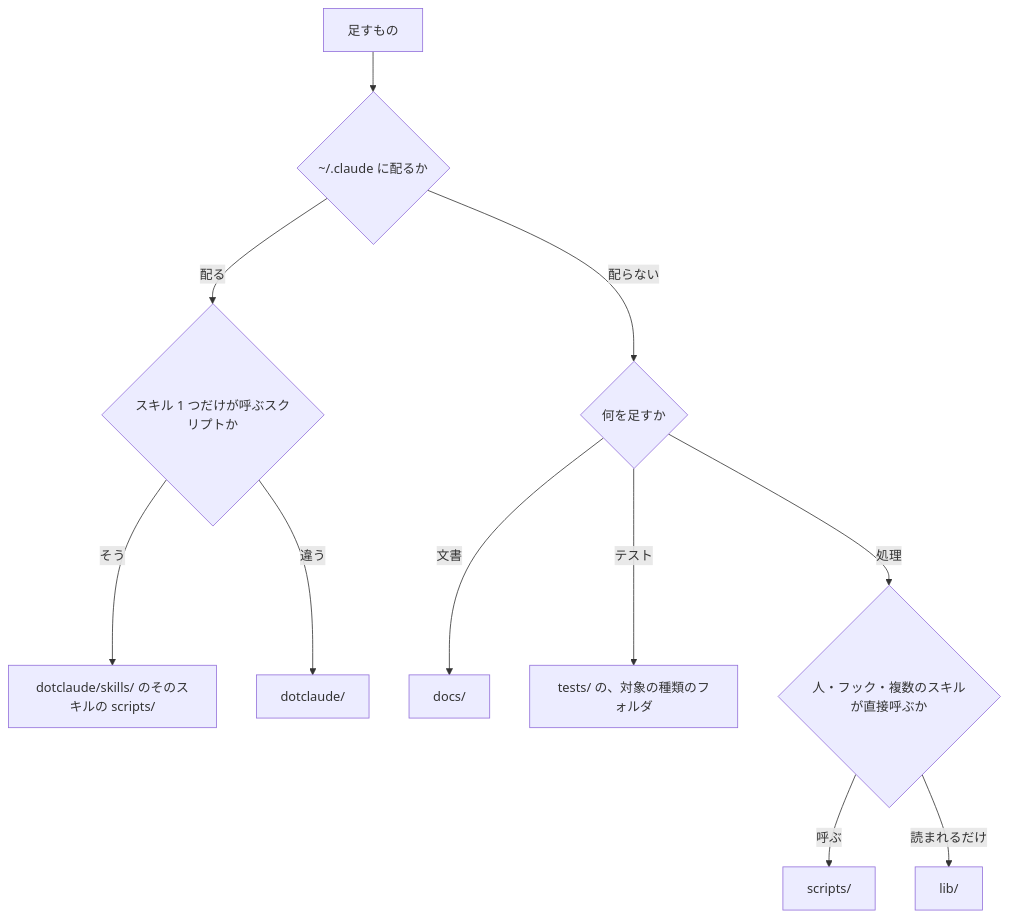
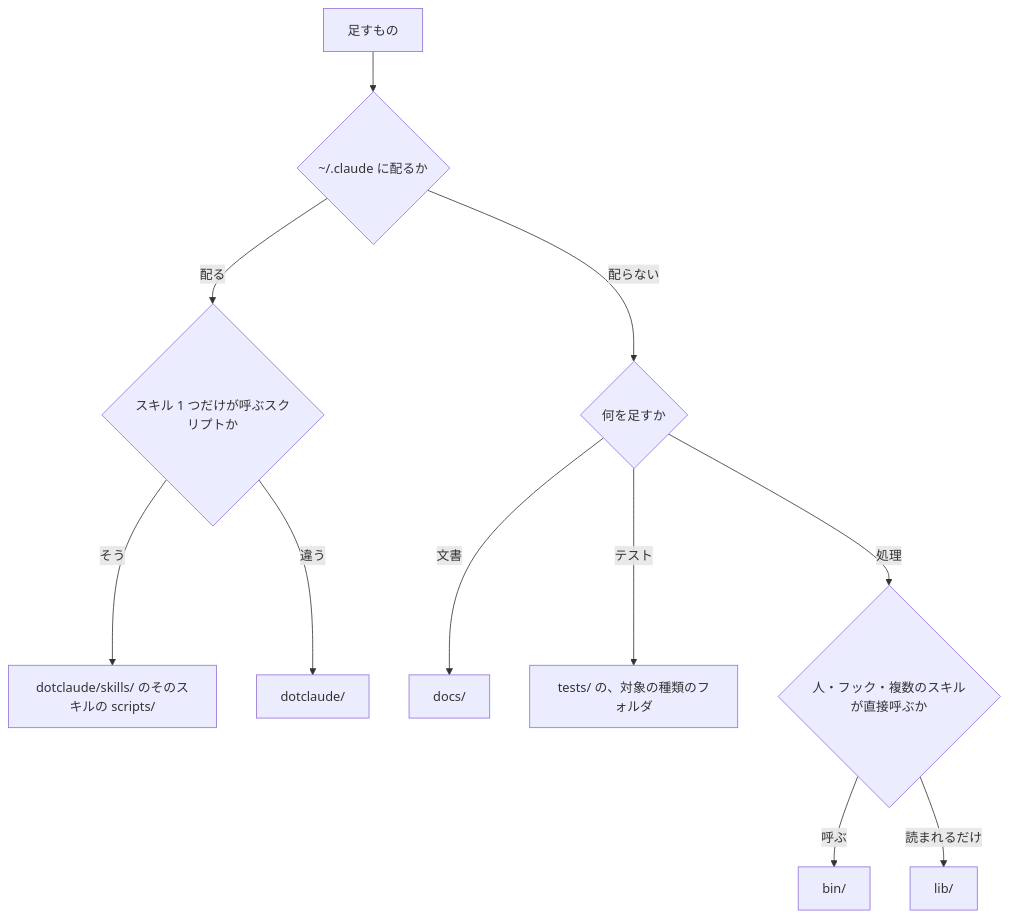
Before and after one commit to yossibank/claude-config: the diagram in docs/config/layout.md, drawn with Mermaid. The commit also changed other lines of this file and 30 other files, not shown here.

First line of the commit message:
refactor: rename scripts to bin and give every top-level folder a readme (#158)

````diff
--- a/docs/config/layout.md
+++ b/docs/config/layout.md
@@ -13,13 +13,13 @@
 ```mermaid
 flowchart TD
     start["足すもの"] --> home{"~/.claude に配るか"}
     home -->|配る| owner{"スキル 1 つだけが呼ぶスクリプトか"}
     owner -->|そう| skill["dotclaude/skills/ のそのスキルの scripts/"]
     owner -->|違う| dotclaude["dotclaude/"]
     home -->|配らない| kind{"何を足すか"}
     kind -->|文書| docs["docs/"]
     kind -->|テスト| tests["tests/ の、対象の種類のフォルダ"]
     kind -->|処理| entry{"人・フック・複数のスキルが直接呼ぶか"}
-    entry -->|呼ぶ| scripts["scripts/"]
+    entry -->|呼ぶ| bin["bin/"]
     entry -->|読まれるだけ| lib["lib/"]
 ```
````
